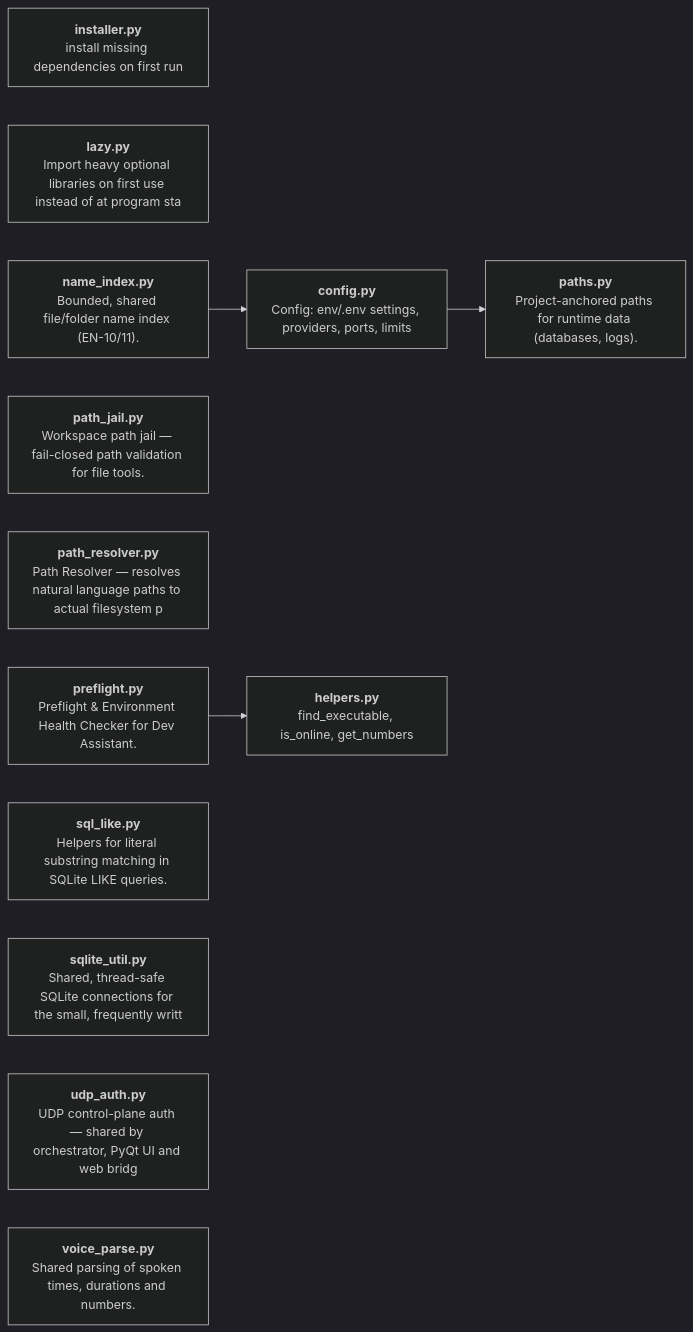
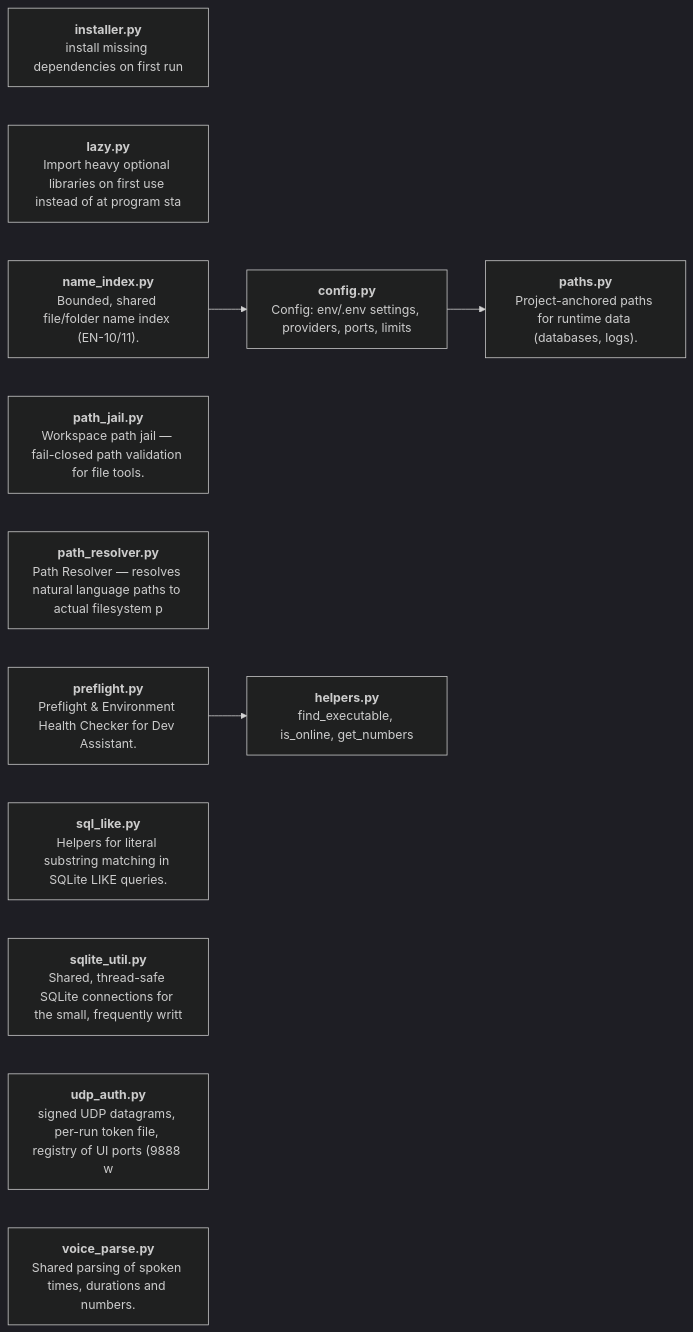
Before and after one commit to DhanushN2005/Agentic-AI-Desktop-Assistant-: diagram 34 of 41 in docs/ARCHITECTURE.md, drawn with Mermaid (dark theme). The commit also changed other lines of this file and 61 other files, not shown here.

````diff
--- a/docs/ARCHITECTURE.md
+++ b/docs/ARCHITECTURE.md
@@ -1180,19 +1188,19 @@
 ```mermaid
 flowchart LR
     n_utils_config["<b>config.py</b><br/>Config: env/.env settings, providers, ports, limits"]
     n_utils_helpers["<b>helpers.py</b><br/>find_executable, is_online, get_numbers"]
     n_utils_installer["<b>installer.py</b><br/>install missing dependencies on first run"]
     n_utils_lazy["<b>lazy.py</b><br/>Import heavy optional libraries on first use instead of at program sta"]
     n_utils_name_index["<b>name_index.py</b><br/>Bounded, shared file/folder name index (EN-10/11)."]
     n_utils_path_jail["<b>path_jail.py</b><br/>Workspace path jail — fail-closed path validation for file tools."]
     n_utils_path_resolver["<b>path_resolver.py</b><br/>Path Resolver — resolves natural language paths to actual filesystem p"]
     n_utils_paths["<b>paths.py</b><br/>Project-anchored paths for runtime data (databases, logs)."]
     n_utils_preflight["<b>preflight.py</b><br/>Preflight & Environment Health Checker for Dev Assistant."]
     n_utils_sql_like["<b>sql_like.py</b><br/>Helpers for literal substring matching in SQLite LIKE queries."]
     n_utils_sqlite_util["<b>sqlite_util.py</b><br/>Shared, thread-safe SQLite connections for the small, frequently writt"]
-    n_utils_udp_auth["<b>udp_auth.py</b><br/>UDP control-plane auth — shared by orchestrator, PyQt UI and web bridg"]
+    n_utils_udp_auth["<b>udp_auth.py</b><br/>signed UDP datagrams, per-run token file, registry of UI ports (9888 w"]
     n_utils_voice_parse["<b>voice_parse.py</b><br/>Shared parsing of spoken times, durations and numbers."]
     n_utils_config --> n_utils_paths
     n_utils_name_index --> n_utils_config
     n_utils_preflight --> n_utils_helpers
 ```
````
